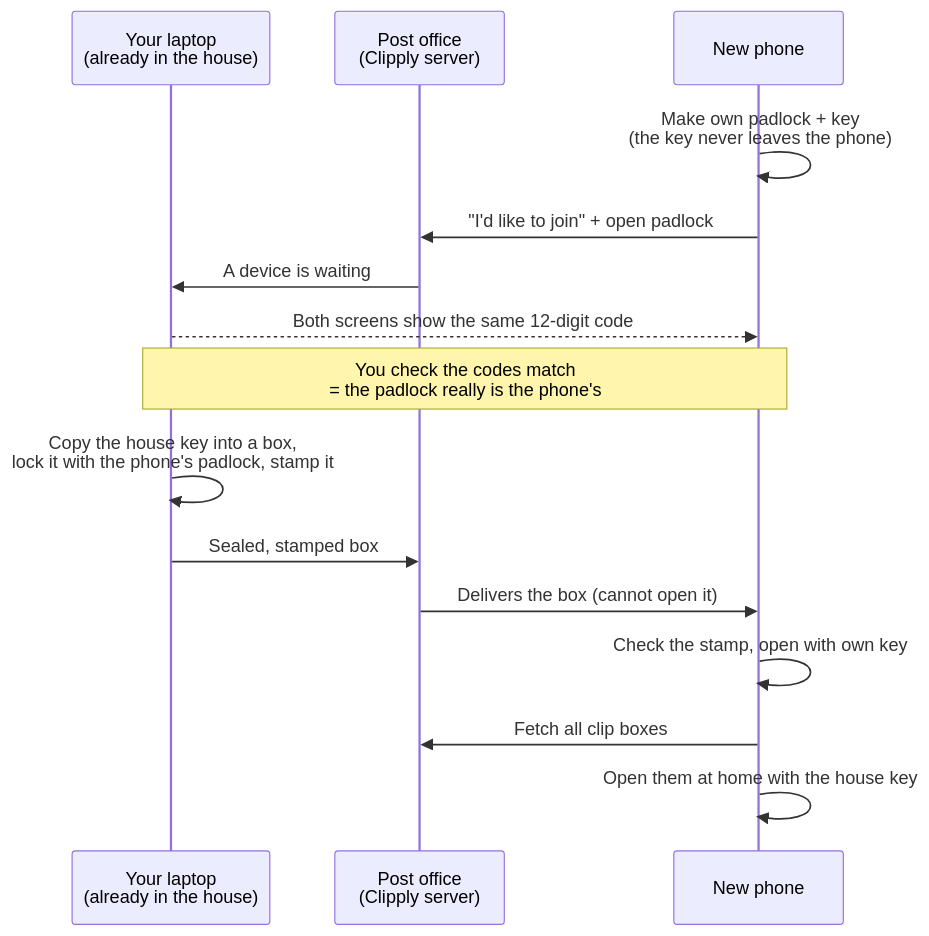
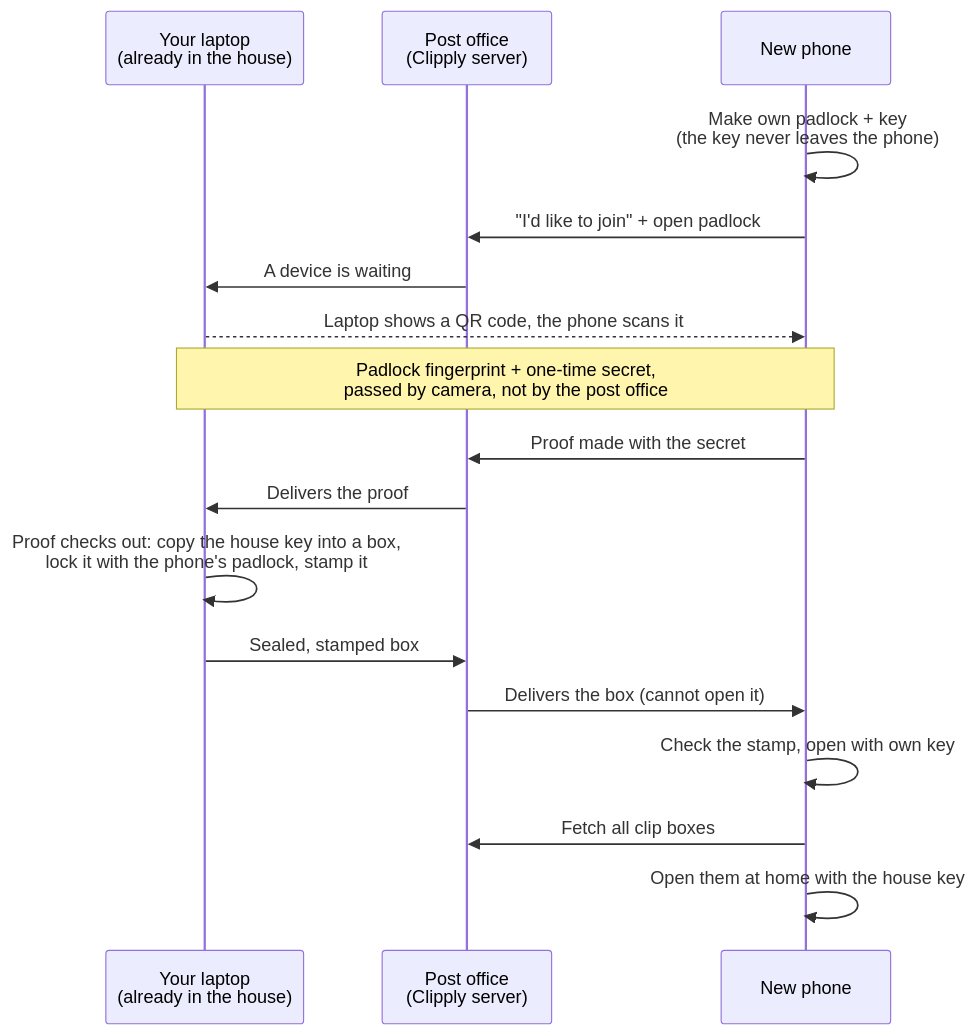
The second of 5 diagrams in README.md (Sharif-Minhaz/clipply), drawn with Mermaid before and after one commit. The commit also changed other lines of this file and 31 other files, not shown here.

````diff
--- a/README.md
+++ b/README.md
@@ -164,17 +164,19 @@
 ```mermaid
 sequenceDiagram
     participant D as Your laptop<br/>(already in the house)
     participant P as Post office<br/>(Clipply server)
     participant N as New phone
     N->>N: Make own padlock + key<br/>(the key never leaves the phone)
     N->>P: "I'd like to join" + open padlock
     P->>D: A device is waiting
-    D-->>N: Both screens show the same 12-digit code
-    Note over D,N: You check the codes match<br/>= the padlock really is the phone's
-    D->>D: Copy the house key into a box,<br/>lock it with the phone's padlock, stamp it
+    D-->>N: Laptop shows a QR code, the phone scans it
+    Note over D,N: Padlock fingerprint + one-time secret,<br/>passed by camera, not by the post office
+    N->>P: Proof made with the secret
+    P->>D: Delivers the proof
+    D->>D: Proof checks out: copy the house key into a box,<br/>lock it with the phone's padlock, stamp it
     D->>P: Sealed, stamped box
     P->>N: Delivers the box (cannot open it)
     N->>N: Check the stamp, open with own key
     N->>P: Fetch all clip boxes
     N->>N: Open them at home with the house key
 ```
````
